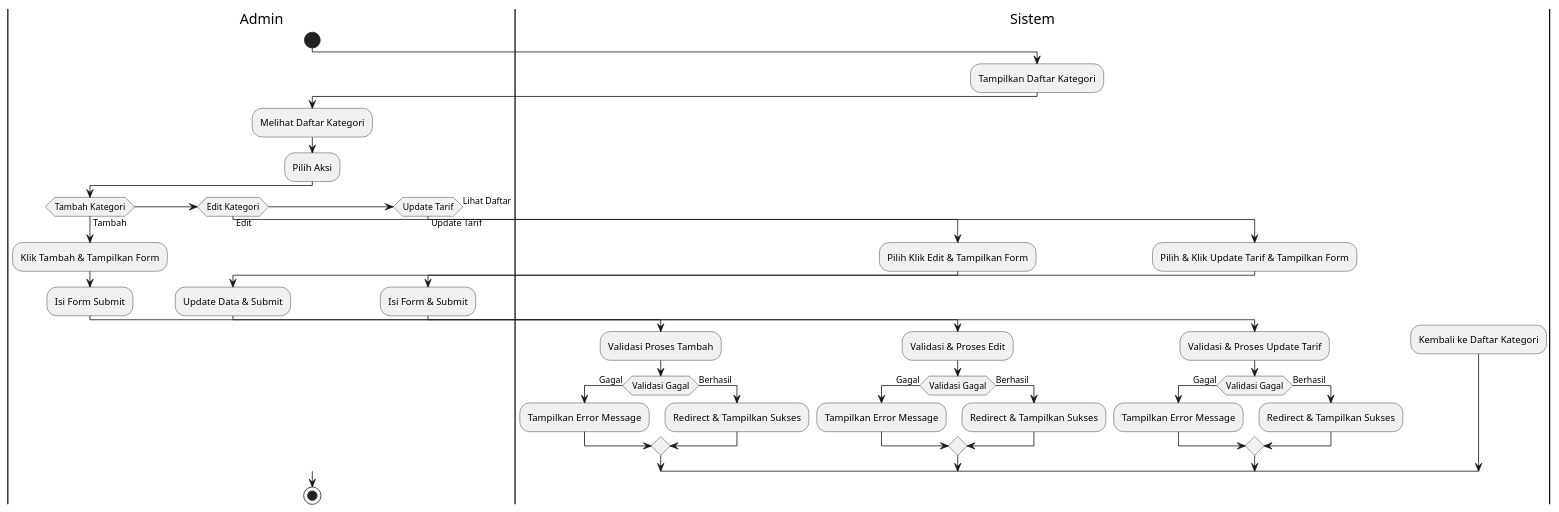
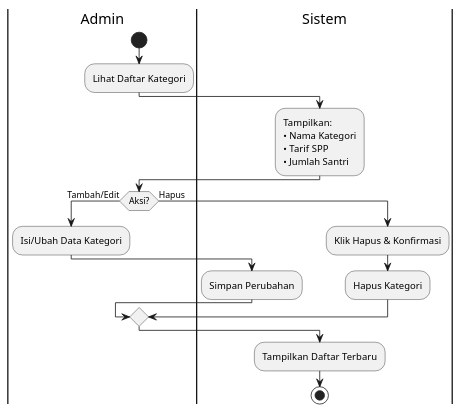
Before and after one commit to faruq-idn/SPP-JNJ: the diagram in diagrams/activity_kategori.puml, drawn with PlantUML. The commit also changed 6 other files, not shown here.

Commit message:
feat(diagrams): update activity diagrams for kategori, kelas, laporan, users, and wali with improved clarity and new functionalities

```diff
--- a/diagrams/activity_kategori.puml
+++ b/diagrams/activity_kategori.puml
@@ -1,53 +1,32 @@
-@startuml Kelola Kategori Santri (Sedikit Lebih Sederhana Lagi)
+@startuml Mengelola Kategori Santri
 
 |Admin|
 start
 
+:Lihat Daftar Kategori;
+
 |Sistem|
-:Tampilkan Daftar Kategori;
+:Tampilkan:
+• Nama Kategori
+• Tarif SPP
+• Jumlah Santri;
 
 |Admin|
-:Melihat Daftar Kategori;
-:Pilih Aksi;
+if (Aksi?) then (Tambah/Edit)
+    :Isi/Ubah Data Kategori;
+    
+    |Sistem|
+    :Simpan Perubahan;
 
-if (Tambah Kategori) then (Tambah)
-    :Klik Tambah & Tampilkan Form;
-    |Admin|
-    :Isi Form Submit;
+else (Hapus)
+    :Klik Hapus & Konfirmasi;
+    
     |Sistem|
-    :Validasi Proses Tambah;
-    if (Validasi Gagal) then (Gagal)
-        :Tampilkan Error Message;
-    else (Berhasil)
-        :Redirect & Tampilkan Sukses;
-    endif
-elseif (Edit Kategori) then (Edit)
-    :Pilih Klik Edit & Tampilkan Form;
-    |Admin|
-    :Update Data & Submit;
-    |Sistem|
-    :Validasi & Proses Edit;
-    if (Validasi Gagal) then (Gagal)
-        :Tampilkan Error Message;
-    else (Berhasil)
-        :Redirect & Tampilkan Sukses;
-    endif
-elseif (Update Tarif) then (Update Tarif)
-    :Pilih & Klik Update Tarif & Tampilkan Form;
-    |Admin|
-    :Isi Form & Submit;
-    |Sistem|
-    :Validasi & Proses Update Tarif;
-    if (Validasi Gagal) then (Gagal)
-        :Tampilkan Error Message;
-    else (Berhasil)
-        :Redirect & Tampilkan Sukses;
-    endif
-else (Lihat Daftar)
-    :Kembali ke Daftar Kategori;
+    :Hapus Kategori;
 endif
 
-|Admin|
+:Tampilkan Daftar Terbaru;
+
 stop
 
 @enduml
```
